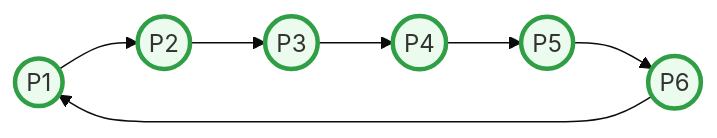
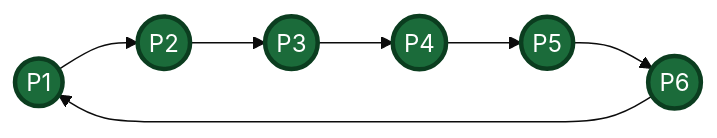
One commit to akarshncodes/chakravyuh changed the fourth of 7 diagrams in README.md. Above: the diagram before and after it, drawn with Mermaid (base theme). The commit also changed other lines of this file, not shown here.

First line of the commit message:
docs: open with the hook, add solution mapping, add self-learning roadmap

````diff
--- a/README.md
+++ b/README.md
@@ -216,11 +283,8 @@
 ```mermaid
 flowchart LR
+    classDef ok fill:#1b6b3a,stroke:#0b3d1f,stroke-width:3px,color:#ffffff
+
     c1(("P1")) --> c2(("P2")) --> c3(("P3")) --> c4(("P4")) --> c5(("P5")) --> c6(("P6")) --> c1
 
-    style c1 fill:#ebfbee,stroke:#2f9e44,stroke-width:3px
-    style c2 fill:#ebfbee,stroke:#2f9e44,stroke-width:3px
-    style c3 fill:#ebfbee,stroke:#2f9e44,stroke-width:3px
-    style c4 fill:#ebfbee,stroke:#2f9e44,stroke-width:3px
-    style c5 fill:#ebfbee,stroke:#2f9e44,stroke-width:3px
-    style c6 fill:#ebfbee,stroke:#2f9e44,stroke-width:3px
+    class c1,c2,c3,c4,c5,c6 ok
 ```
````
